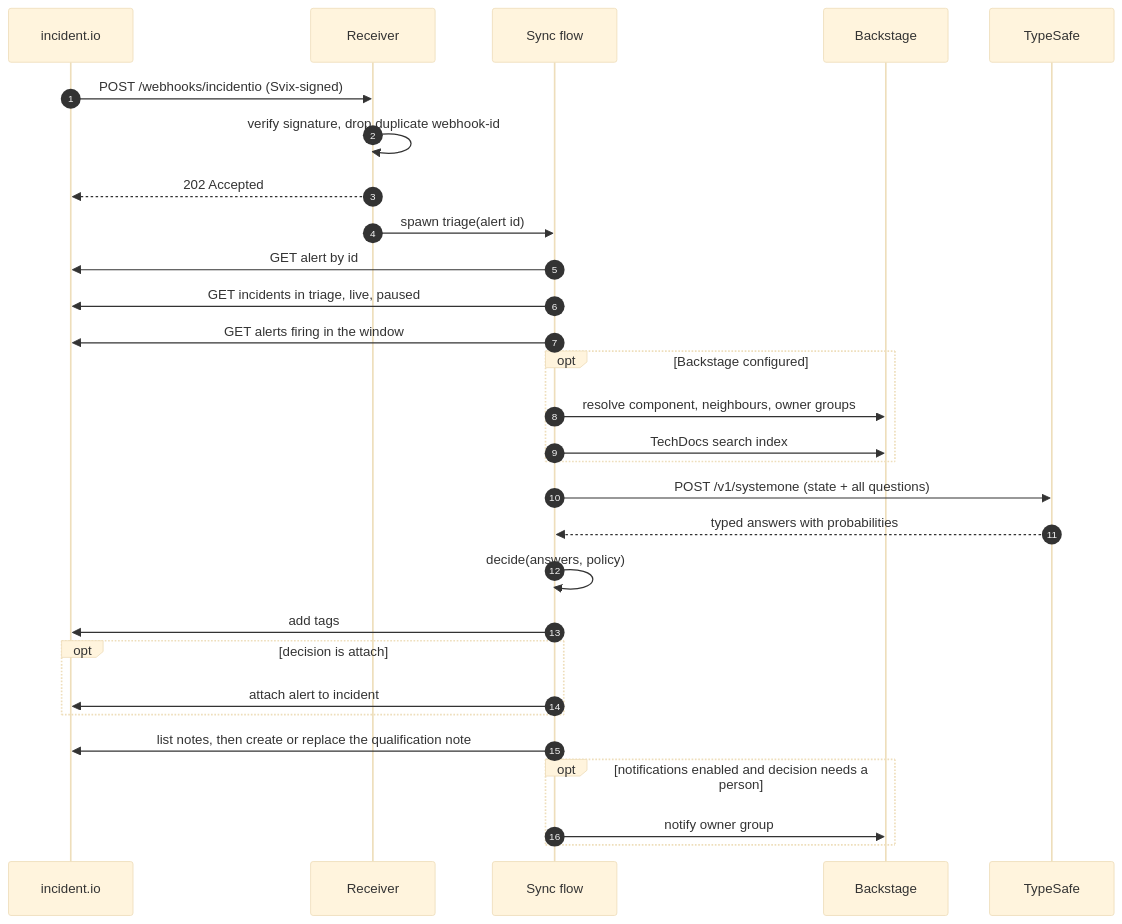
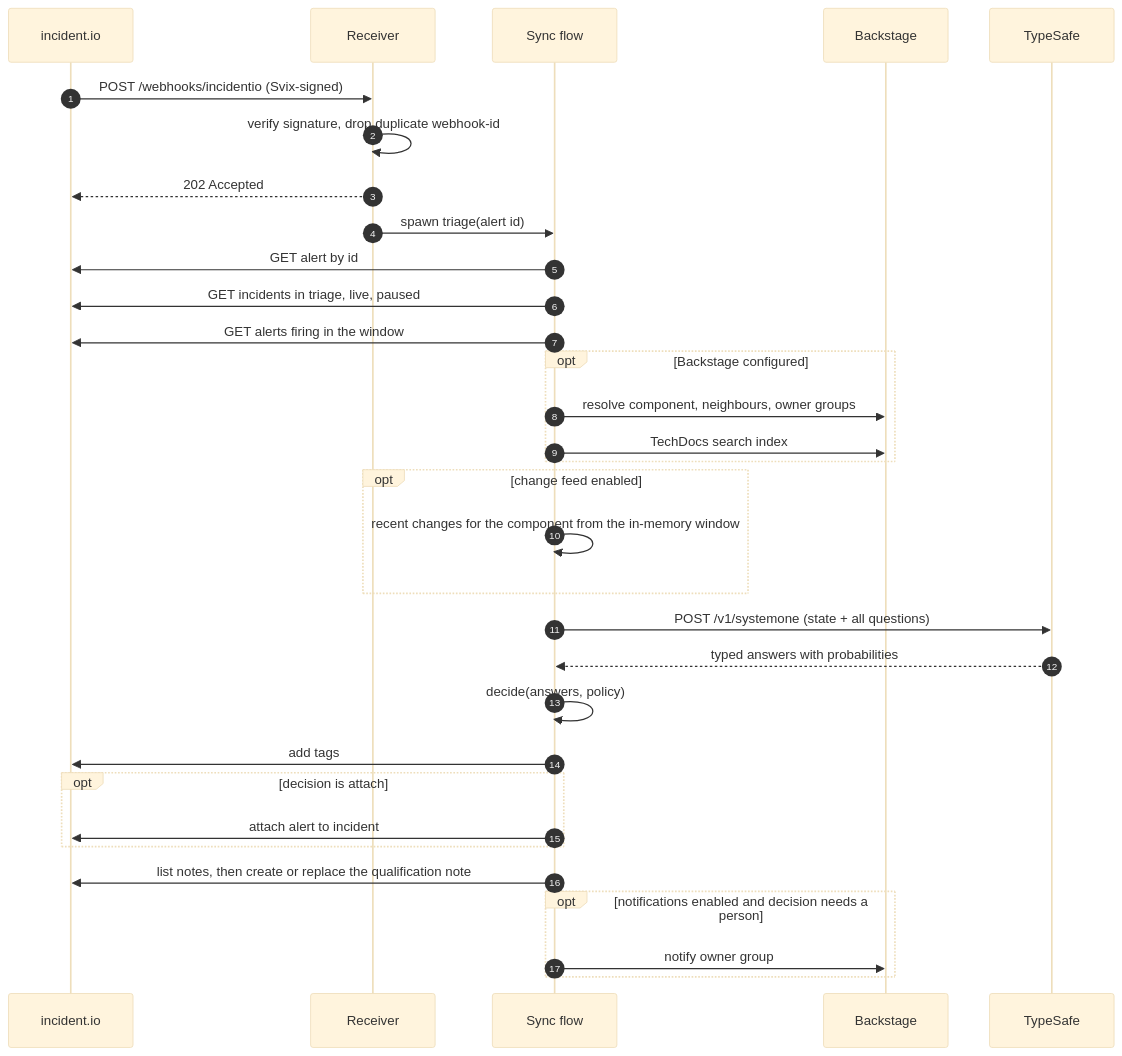
One commit to chussenot/signalman changed the second of 2 diagrams in docs/architecture.md. Above: the diagram before and after it, drawn with Mermaid (base theme). The commit also changed 22 other files, not shown here.

First line of the commit message:
Change feed: recent deploys and changes reach the triage as recent_changes

````diff
--- a/docs/architecture.md
+++ b/docs/architecture.md
@@ -62,31 +62,34 @@
 ```mermaid
 sequenceDiagram
     autonumber
     participant IO as incident.io
     participant R as Receiver
     participant F as Sync flow
     participant BS as Backstage
     participant TS as TypeSafe
     IO->>R: POST /webhooks/incidentio (Svix-signed)
     R->>R: verify signature, drop duplicate webhook-id
     R-->>IO: 202 Accepted
     R->>F: spawn triage(alert id)
     F->>IO: GET alert by id
     F->>IO: GET incidents in triage, live, paused
     F->>IO: GET alerts firing in the window
     opt Backstage configured
         F->>BS: resolve component, neighbours, owner groups
         F->>BS: TechDocs search index
     end
+    opt change feed enabled
+        F->>F: recent changes for the component from the in-memory window
+    end
     F->>TS: POST /v1/systemone (state + all questions)
     TS-->>F: typed answers with probabilities
     F->>F: decide(answers, policy)
     F->>IO: add tags
     opt decision is attach
         F->>IO: attach alert to incident
     end
     F->>IO: list notes, then create or replace the qualification note
     opt notifications enabled and decision needs a person
         F->>BS: notify owner group
     end
 ```
````
